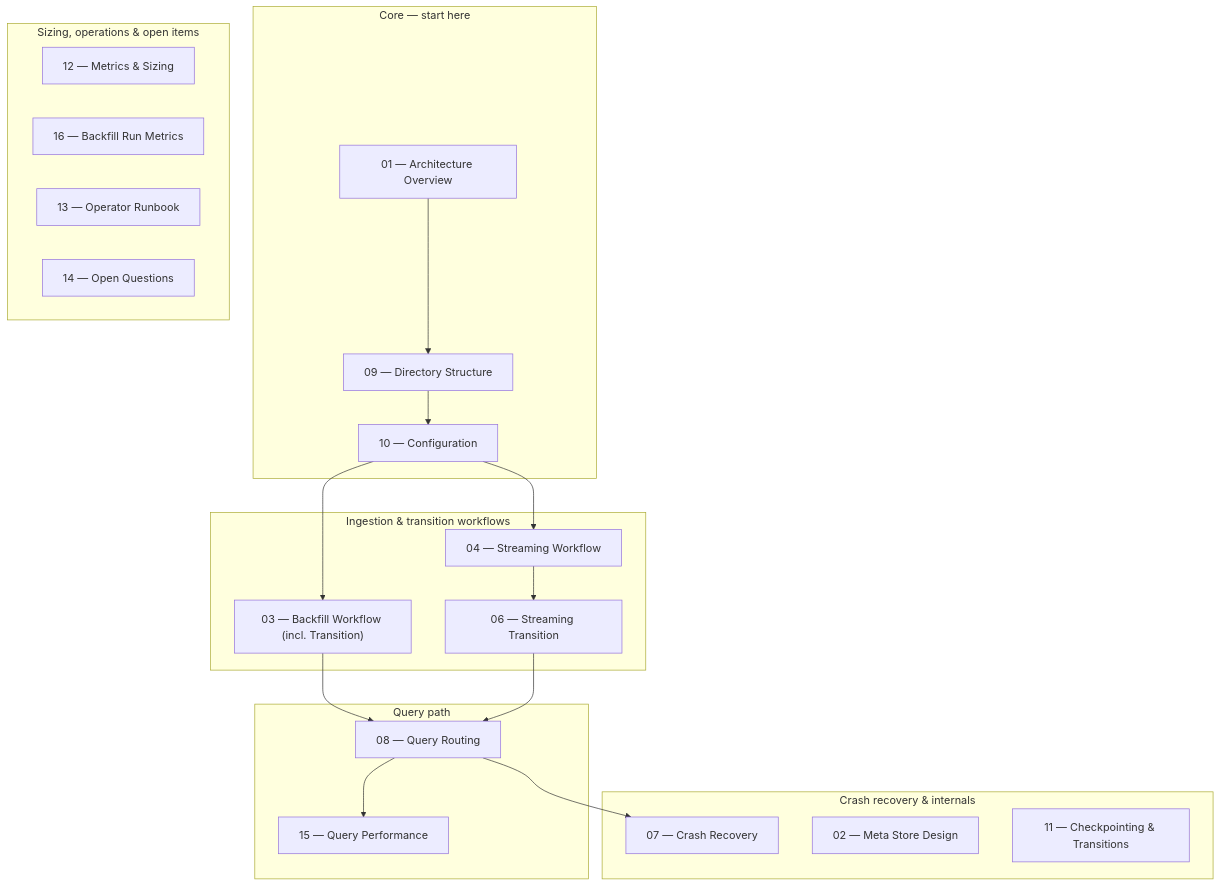
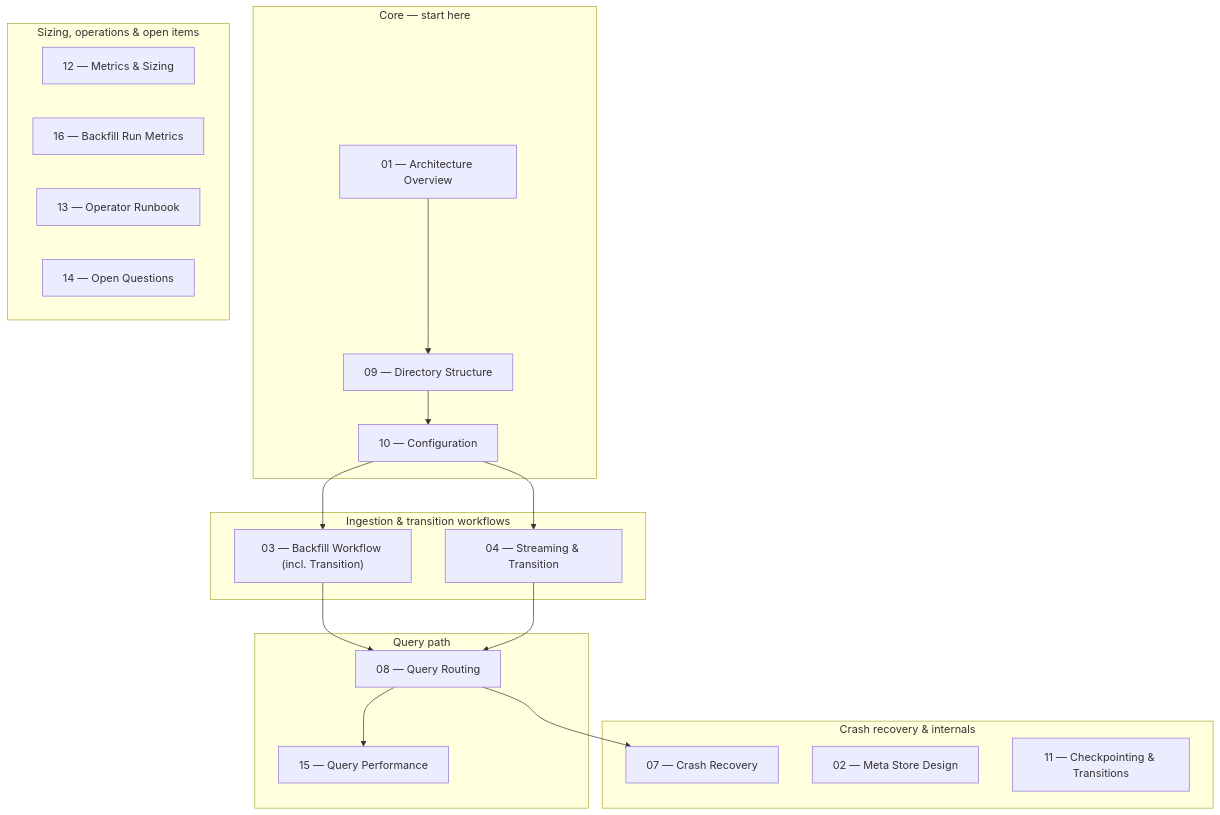
The second of 2 diagrams in full-history/design-docs/README.md (stellar/stellar-rpc), drawn with Mermaid before and after one commit. The commit also changed other lines of this file, not shown here.

````diff
--- a/full-history/design-docs/README.md
+++ b/full-history/design-docs/README.md
@@ -196,33 +195,33 @@
 ```mermaid
 flowchart TD
     subgraph core ["Core — start here"]
         A["01 — Architecture Overview"] --> B["09 — Directory Structure"]
         B --> C["10 — Configuration"]
     end
 
     subgraph workflows ["Ingestion & transition workflows"]
         D["03 — Backfill Workflow (incl. Transition)"]
-        E["04 — Streaming Workflow"] --> G["06 — Streaming Transition"]
+        E["04 — Streaming & Transition"]
     end
 
     subgraph query ["Query path"]
         I["08 — Query Routing"] --> P["15 — Query Performance"]
     end
 
     subgraph recovery ["Crash recovery & internals"]
         H["07 — Crash Recovery"]
         J["02 — Meta Store Design"]
         K["11 — Checkpointing & Transitions"]
     end
 
     subgraph ops ["Sizing, operations & open items"]
         L["12 — Metrics & Sizing"]
         O["16 — Backfill Run Metrics"]
         M["13 — Operator Runbook"]
         N["14 — Open Questions"]
     end
 
     C --> D & E
-    D & G --> I
+    D & E --> I
     I --> H
 ```
````
